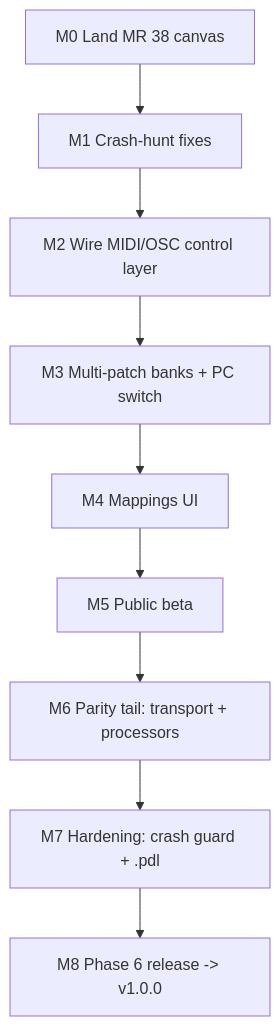
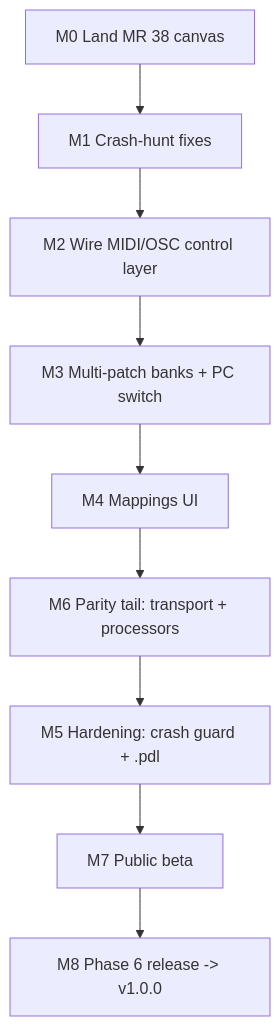
Before and after one commit to AquaOctet/PedalBoard3: the diagram in docs/plans/2026-07-02-001-feat-road-to-1-0-release-plan.md, drawn with Mermaid. The commit also changed other lines of this file and 24 other files, not shown here.

````diff
--- a/docs/plans/2026-07-02-001-feat-road-to-1-0-release-plan.md
+++ b/docs/plans/2026-07-02-001-feat-road-to-1-0-release-plan.md
@@ -45,11 +47,11 @@
 ```mermaid
 flowchart TB
   M0[M0 Land MR 38 canvas] --> M1[M1 Crash-hunt fixes]
   M1 --> M2[M2 Wire MIDI/OSC control layer]
   M2 --> M3[M3 Multi-patch banks + PC switch]
   M3 --> M4[M4 Mappings UI]
-  M4 --> M5[M5 Public beta]
-  M5 --> M6[M6 Parity tail: transport + processors]
-  M6 --> M7[M7 Hardening: crash guard + .pdl]
+  M4 --> M6[M6 Parity tail: transport + processors]
+  M6 --> M5[M5 Hardening: crash guard + .pdl]
+  M5 --> M7[M7 Public beta]
   M7 --> M8[M8 Phase 6 release -> v1.0.0]
 ```
````
